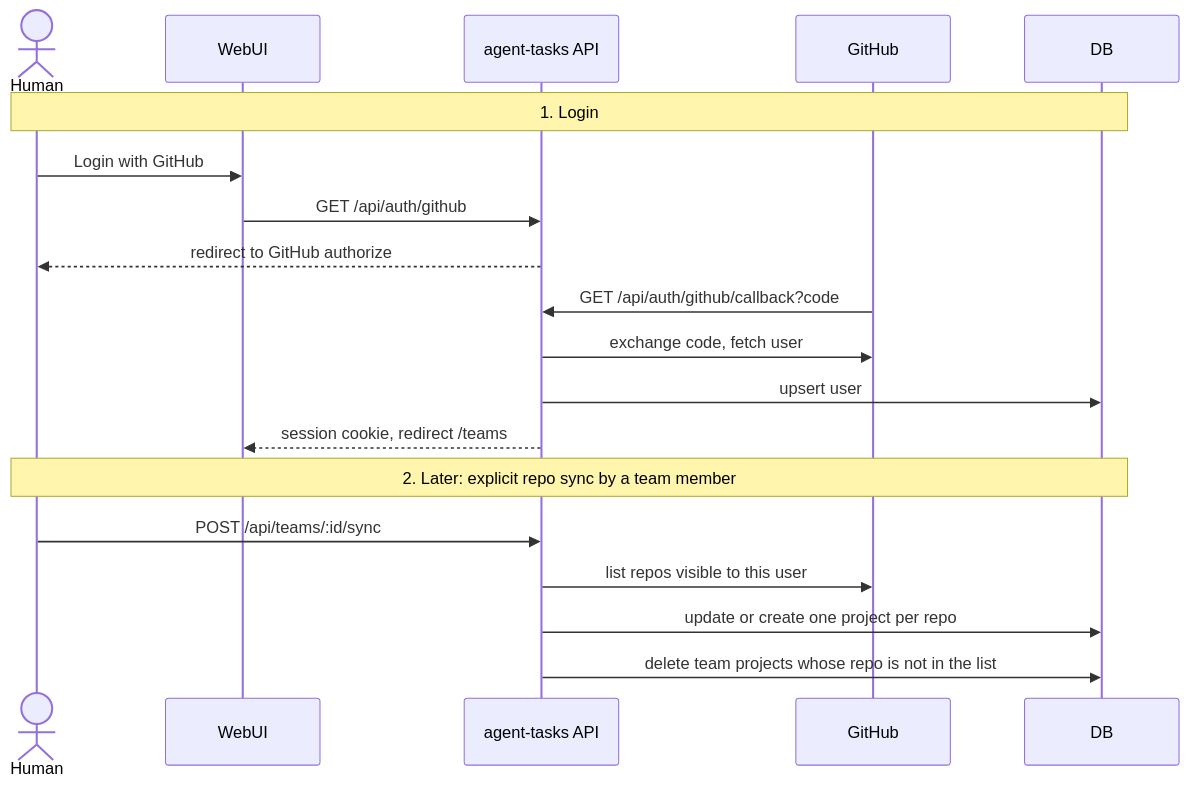
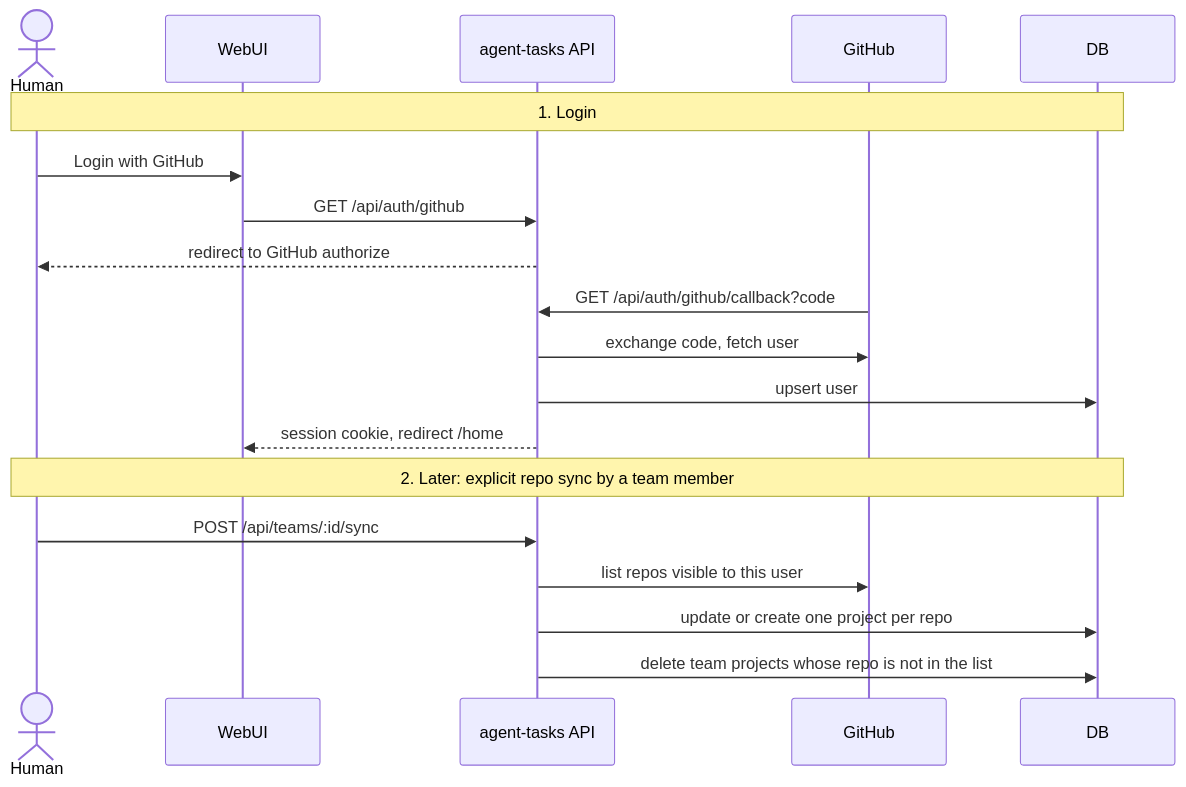
Before and after one commit to LanNguyenSi/agent-tasks: the diagram in docs/diagrams/sequence-github-oauth-sync.mmd, drawn with Mermaid. The commit also changed 5 other files, not shown here.

```diff
--- a/docs/diagrams/sequence-github-oauth-sync.mmd
+++ b/docs/diagrams/sequence-github-oauth-sync.mmd
@@ -1,21 +1,21 @@
 sequenceDiagram
     actor Human
     participant WebUI
     participant API as agent-tasks API
     participant GitHub
     participant DB
 
     Note over Human,DB: 1. Login
     Human->>WebUI: Login with GitHub
     WebUI->>API: GET /api/auth/github
     API-->>Human: redirect to GitHub authorize
     GitHub->>API: GET /api/auth/github/callback?code
     API->>GitHub: exchange code, fetch user
     API->>DB: upsert user
-    API-->>WebUI: session cookie, redirect /teams
+    API-->>WebUI: session cookie, redirect /home
 
     Note over Human,DB: 2. Later: explicit repo sync by a team member
     Human->>API: POST /api/teams/:id/sync
     API->>GitHub: list repos visible to this user
     API->>DB: update or create one project per repo
     API->>DB: delete team projects whose repo is not in the list
```
